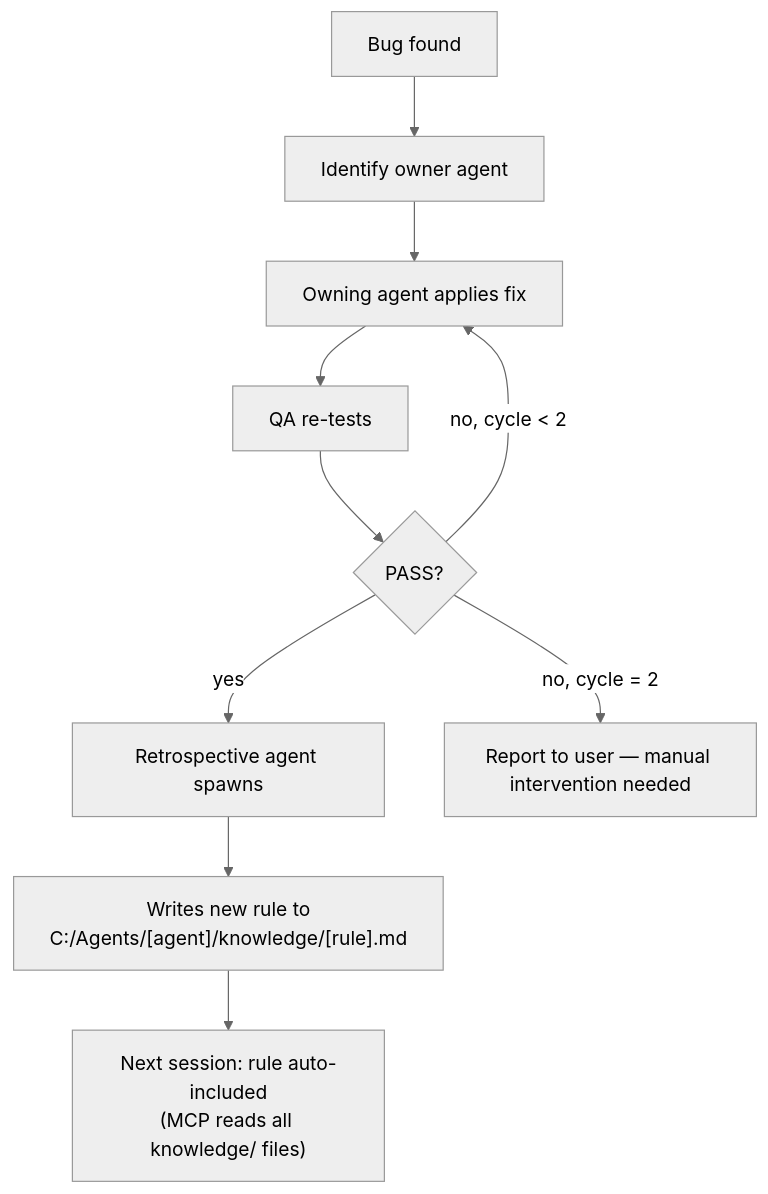
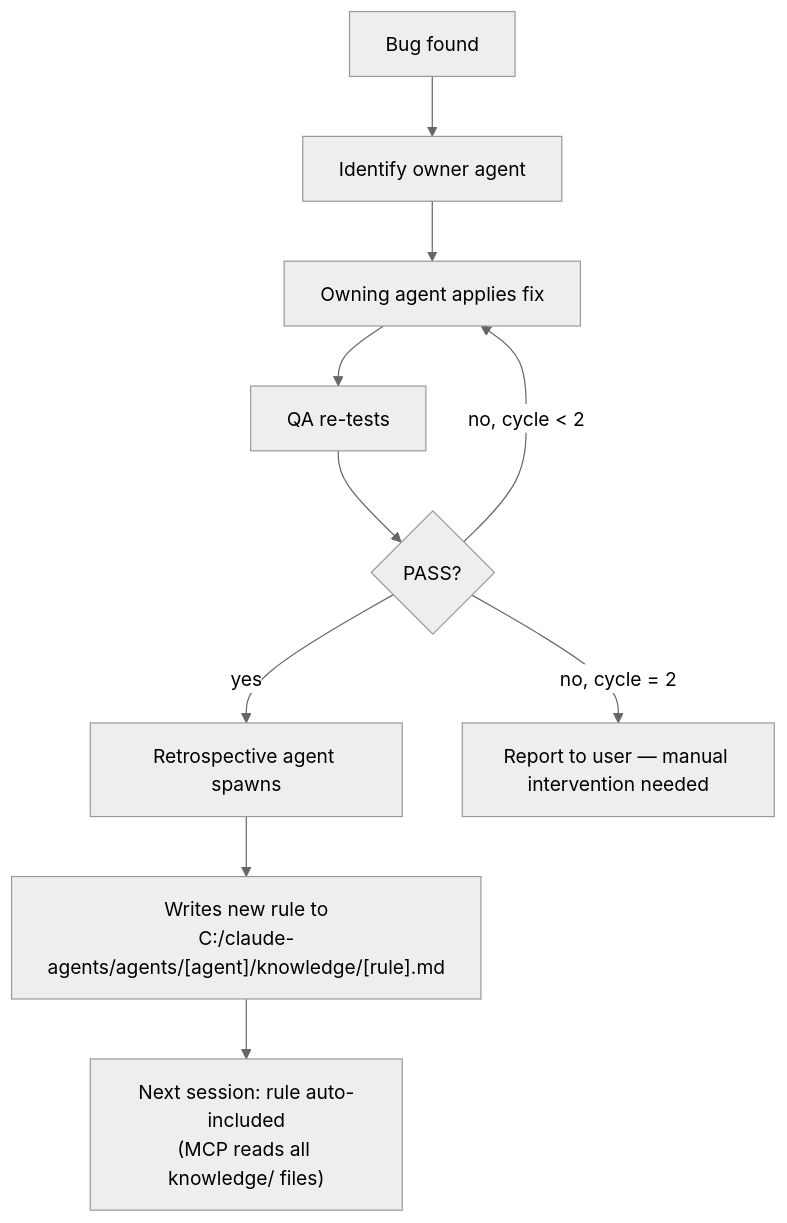
Before and after one commit to BrunoDesenv/claude-agents: the diagram in agents/PIPELINE.md, drawn with Mermaid (neutral theme). The commit also changed 16 other files, not shown here.

````diff
--- a/agents/PIPELINE.md
+++ b/agents/PIPELINE.md
@@ -209,12 +209,12 @@
 ```mermaid
 graph TD
     BUG["Bug found"] --> ID["Identify owner agent"]
     ID --> FIX["Owning agent applies fix"]
     FIX --> QA2["QA re-tests"]
     QA2 --> PASS{PASS?}
     PASS -->|yes| RETRO["Retrospective agent spawns"]
-    RETRO --> WRITE["Writes new rule to\nC:/Agents/[agent]/knowledge/[rule].md"]
+    RETRO --> WRITE["Writes new rule to\nC:/claude-agents/agents/[agent]/knowledge/[rule].md"]
     WRITE --> NEXT["Next session: rule auto-included\n(MCP reads all knowledge/ files)"]
     PASS -->|no, cycle < 2| FIX
     PASS -->|no, cycle = 2| USER["Report to user — manual intervention needed"]
 ```
````
